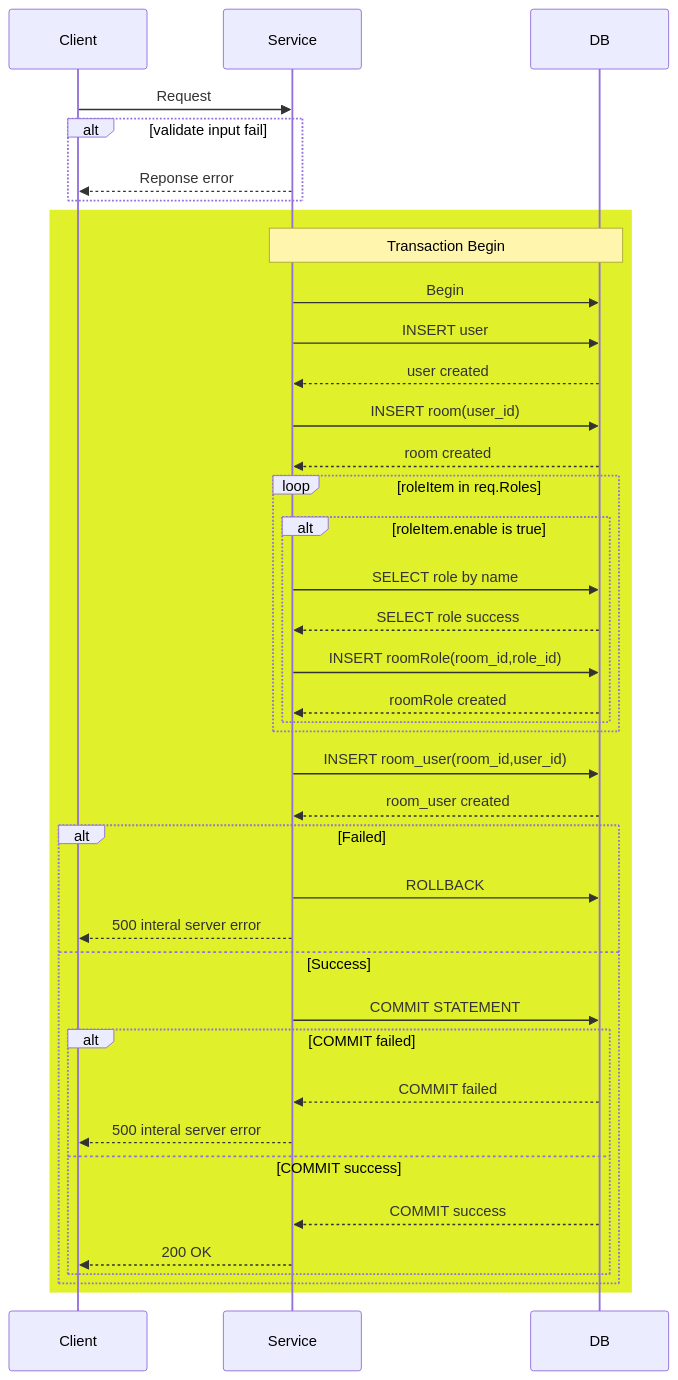
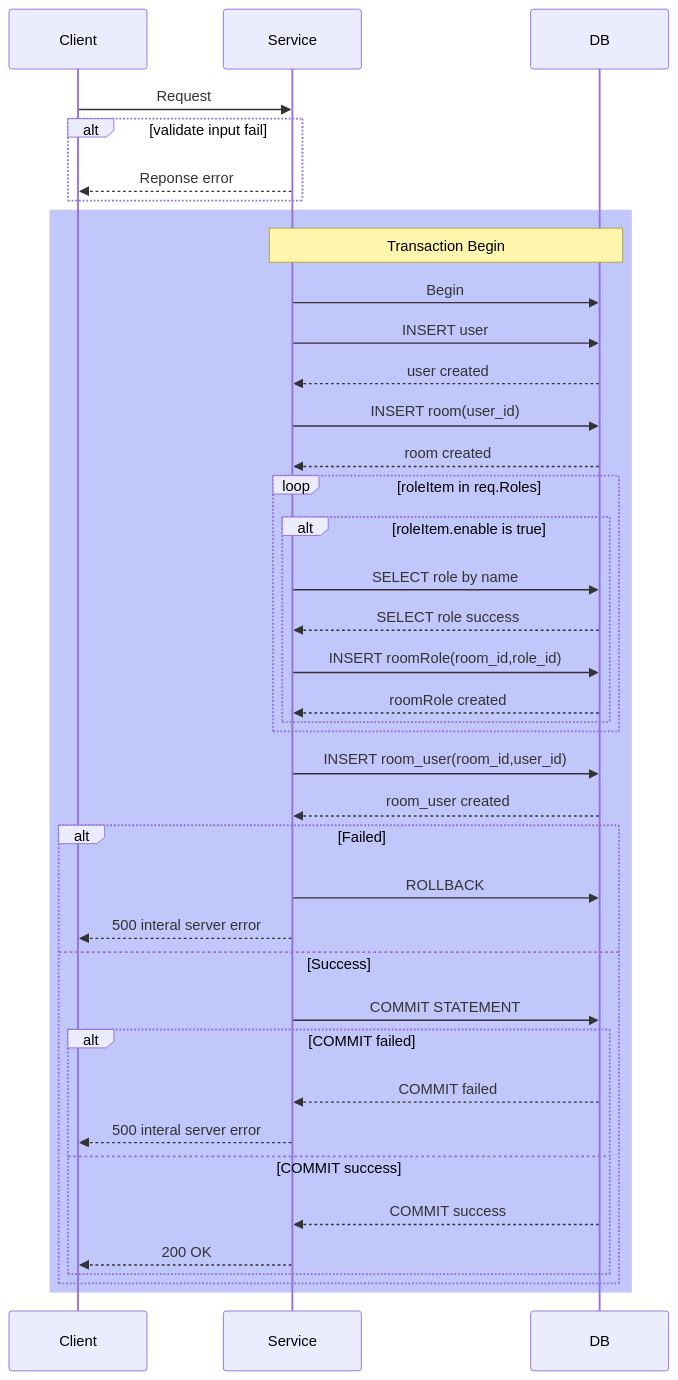
One commit to jirapatchookleeb/avalon-design-api changed the diagram in post_create_room.md. Above: the diagram before and after it, drawn with Mermaid.

Commit message:
feat: update color

````diff
--- a/post_create_room.md
+++ b/post_create_room.md
@@ -25,48 +25,48 @@
 ```mermaid
 sequenceDiagram
     participant Client
     participant Service
     participant DB
 
     Client->>Service: Request
 
     alt validate input fail
         Service-->>Client: Reponse error
     end
 
-    rect rgb(224, 240, 43)
+    rect rgb(193, 198, 251)
         Note over Service,DB: Transaction Begin
             Service->>DB: Begin
             Service->>DB: INSERT user
             DB-->>Service: user created
 
             Service->>DB: INSERT room(user_id)
             DB-->>Service: room created
 
             loop roleItem in req.Roles
                 alt roleItem.enable is true
                     Service->>DB:SELECT role by name
                     DB-->>Service: SELECT role success
                     Service->>DB: INSERT roomRole(room_id,role_id)
                     DB-->>Service: roomRole created
                 end
             end
 
             Service->>DB: INSERT room_user(room_id,user_id)
             DB-->>Service: room_user created
             alt Failed
                 Service->>DB: ROLLBACK
                 Service-->>Client: 500 interal server error
             else Success
                 Service->>DB: COMMIT STATEMENT
                 alt COMMIT failed
                     DB-->>Service: COMMIT failed
                     Service-->>Client: 500 interal server error
                 else COMMIT success
                     DB-->>Service: COMMIT success
                     Service-->>Client: 200 OK
                 end
             end
 
     end
 ```
````
